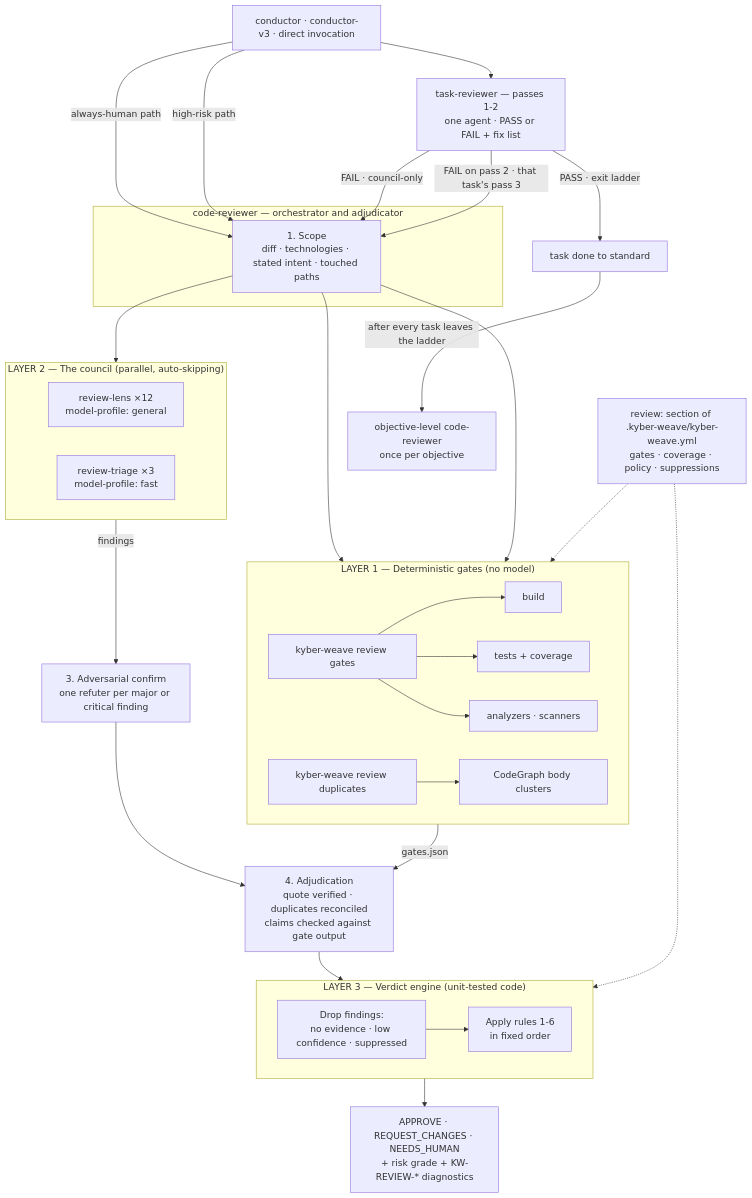
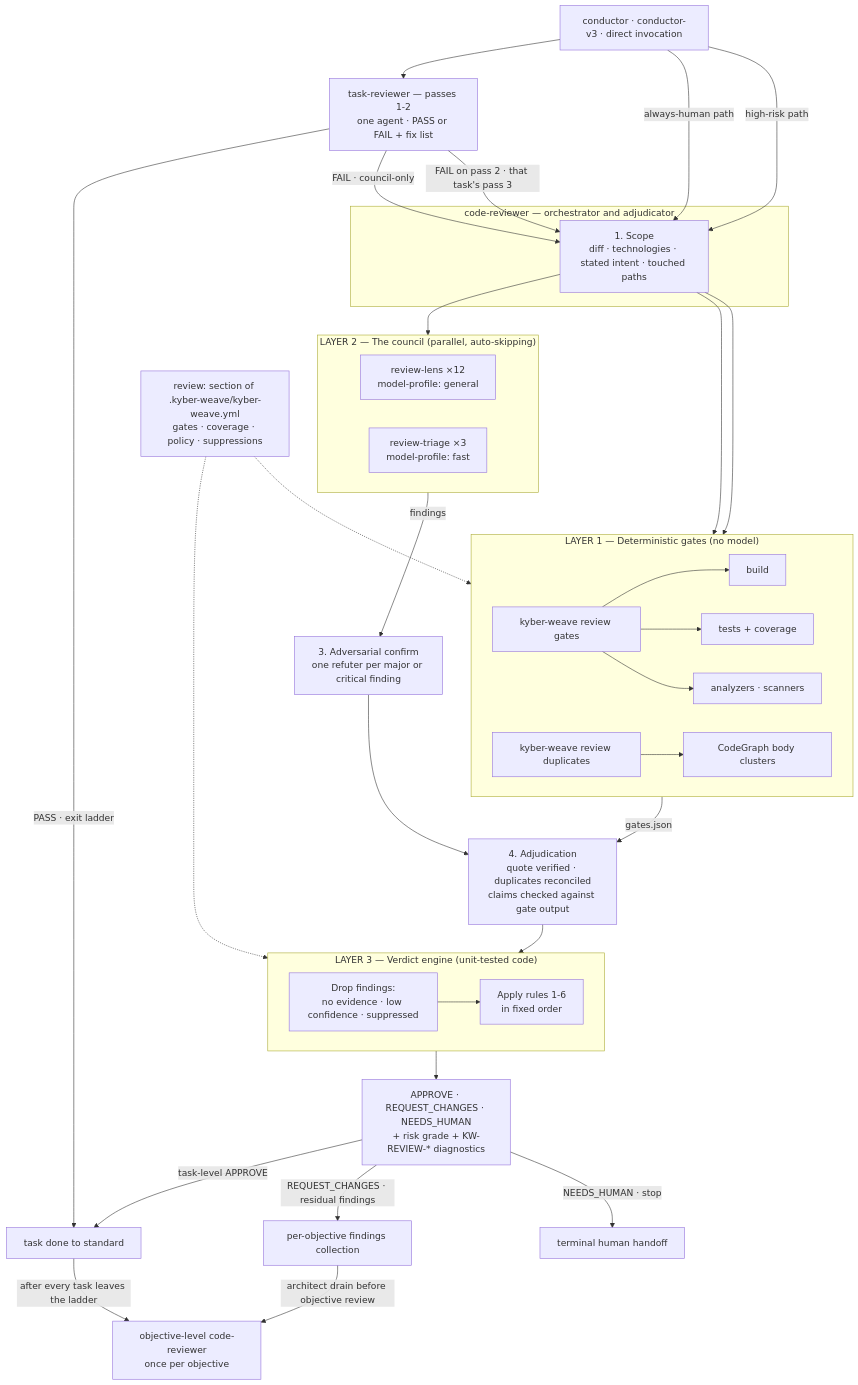
The first of 4 diagrams in docs/code-review/architecture.md (dpalfery/kyber-weave), drawn with Mermaid before and after one commit. The commit also changed 6 other files, not shown here.

Commit message:
fix(squad): address round-4 CodeRabbit findings on task-reviewer

````diff
--- a/docs/code-review/architecture.md
+++ b/docs/code-review/architecture.md
@@ -40,48 +40,53 @@
 ```mermaid
 flowchart TD
     Cfg["review: section of .kyber-weave/kyber-weave.yml<br/>gates · coverage · policy · suppressions"]
     Caller["conductor · conductor-v3 · direct invocation"] --> Ladder
     Caller -->|"always-human path"| Scope
     Caller -->|"high-risk path"| Scope
     Ladder["task-reviewer — passes 1-2<br/>one agent · PASS or FAIL + fix list"]
     Ladder -->|"PASS · exit ladder"| TaskDone["task done to standard"]
     Ladder -->|"FAIL · council-only"| Scope
     Ladder -->|"FAIL on pass 2 · that task's pass 3"| Scope
     TaskDone -->|"after every task leaves the ladder"| ObjReview["objective-level code-reviewer<br/>once per objective"]
 
     subgraph CR["code-reviewer — orchestrator and adjudicator"]
         Scope["1. Scope<br/>diff · technologies · stated intent · touched paths"]
     end
 
     Scope --> GR
     Scope --> DG
     Scope --> Council
 
     subgraph Gates["LAYER 1 — Deterministic gates (no model)"]
         direction LR
         GR["kyber-weave review gates"] --> G1["build"] & G2["tests + coverage"] & G3["analyzers · scanners"]
         DG["kyber-weave review duplicates"] --> G4["CodeGraph body clusters"]
     end
 
     subgraph Council["LAYER 2 — The council (parallel, auto-skipping)"]
         direction LR
         RL["review-lens ×12<br/>model-profile: general"]
         RT["review-triage ×3<br/>model-profile: fast"]
     end
 
     Council -->|"findings"| Confirm["3. Adversarial confirm<br/>one refuter per major or critical finding"]
     Confirm --> Adjudicate
     Gates -->|"gates.json"| Adjudicate
 
     Adjudicate["4. Adjudication<br/>quote verified · duplicates reconciled<br/>claims checked against gate output"] --> VE
 
     subgraph VE["LAYER 3 — Verdict engine (unit-tested code)"]
         direction LR
         Drop["Drop findings:<br/>no evidence · low confidence · suppressed"] --> Rules["Apply rules 1-6<br/>in fixed order"]
     end
 
     VE --> Out["APPROVE · REQUEST_CHANGES · NEEDS_HUMAN<br/>+ risk grade + KW-REVIEW-* diagnostics"]
 
+    Out -->|"task-level APPROVE"| TaskDone
+    Out -->|"REQUEST_CHANGES · residual findings"| Findings["per-objective findings collection"]
+    Out -->|"NEEDS_HUMAN · stop"| Human["terminal human handoff"]
+    Findings -->|"architect drain before objective review"| ObjReview
+
     Cfg -.-> Gates
     Cfg -.-> VE
 ```
````
